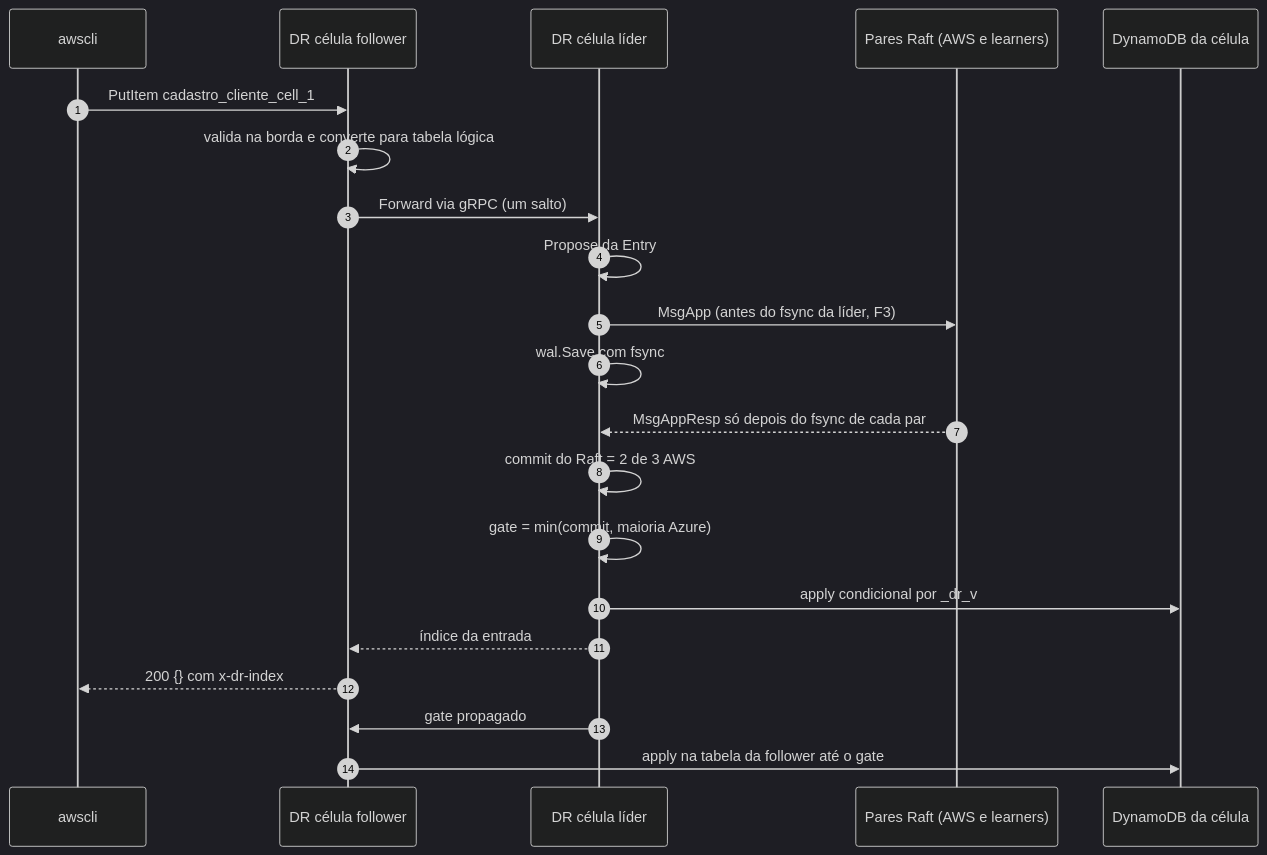
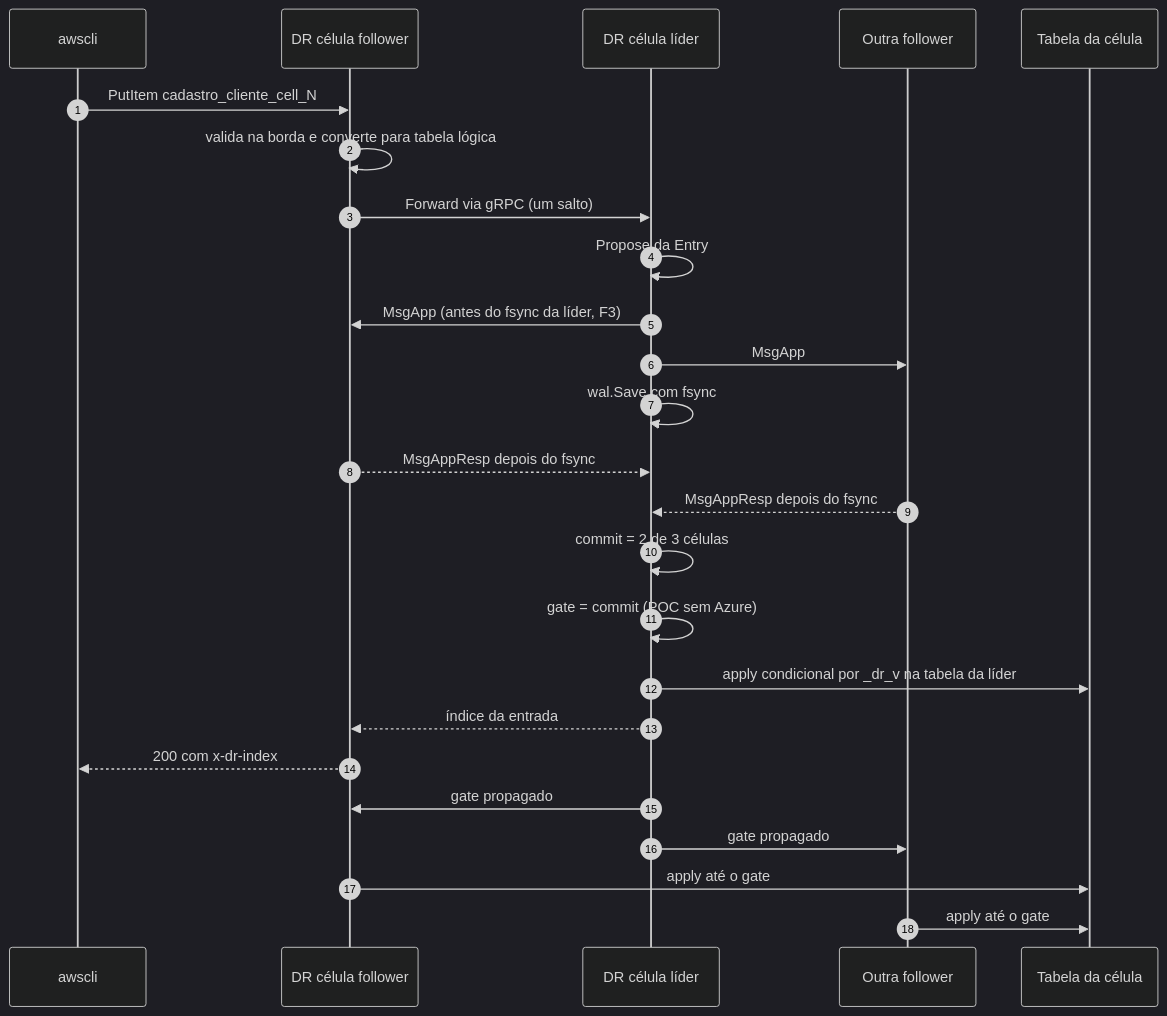
Before and after one commit to brbarmex/k: the diagram in spec/SPEC_POC_LOCAL.md, drawn with Mermaid (dark theme). The commit also changed other lines of this file, not shown here.

First line of the commit message:
Revisa a spec da POC com as decisões do Bruno

````diff
--- a/spec/SPEC_POC_LOCAL.md
+++ b/spec/SPEC_POC_LOCAL.md
@@ -86,23 +90,27 @@
 ```mermaid
 sequenceDiagram
     autonumber
     participant CLI as awscli
     participant F as DR célula follower
     participant L as DR célula líder
-    participant P as Pares Raft (AWS e learners)
-    participant DB as DynamoDB da célula
-    CLI->>F: PutItem cadastro_cliente_cell_1
+    participant O as Outra follower
+    participant DB as Tabela da célula
+    CLI->>F: PutItem cadastro_cliente_cell_N
     F->>F: valida na borda e converte para tabela lógica
     F->>L: Forward via gRPC (um salto)
     L->>L: Propose da Entry
-    L->>P: MsgApp (antes do fsync da líder, F3)
+    L->>F: MsgApp (antes do fsync da líder, F3)
+    L->>O: MsgApp
     L->>L: wal.Save com fsync
-    P-->>L: MsgAppResp só depois do fsync de cada par
-    L->>L: commit do Raft = 2 de 3 AWS
-    L->>L: gate = min(commit, maioria Azure)
-    L->>DB: apply condicional por _dr_v
+    F-->>L: MsgAppResp depois do fsync
+    O-->>L: MsgAppResp depois do fsync
+    L->>L: commit = 2 de 3 células
+    L->>L: gate = commit (POC sem Azure)
+    L->>DB: apply condicional por _dr_v na tabela da líder
     L-->>F: índice da entrada
-    F-->>CLI: 200 {} com x-dr-index
+    F-->>CLI: 200 com x-dr-index
     L->>F: gate propagado
-    F->>DB: apply na tabela da follower até o gate
+    L->>O: gate propagado
+    F->>DB: apply até o gate
+    O->>DB: apply até o gate
 ```
````
